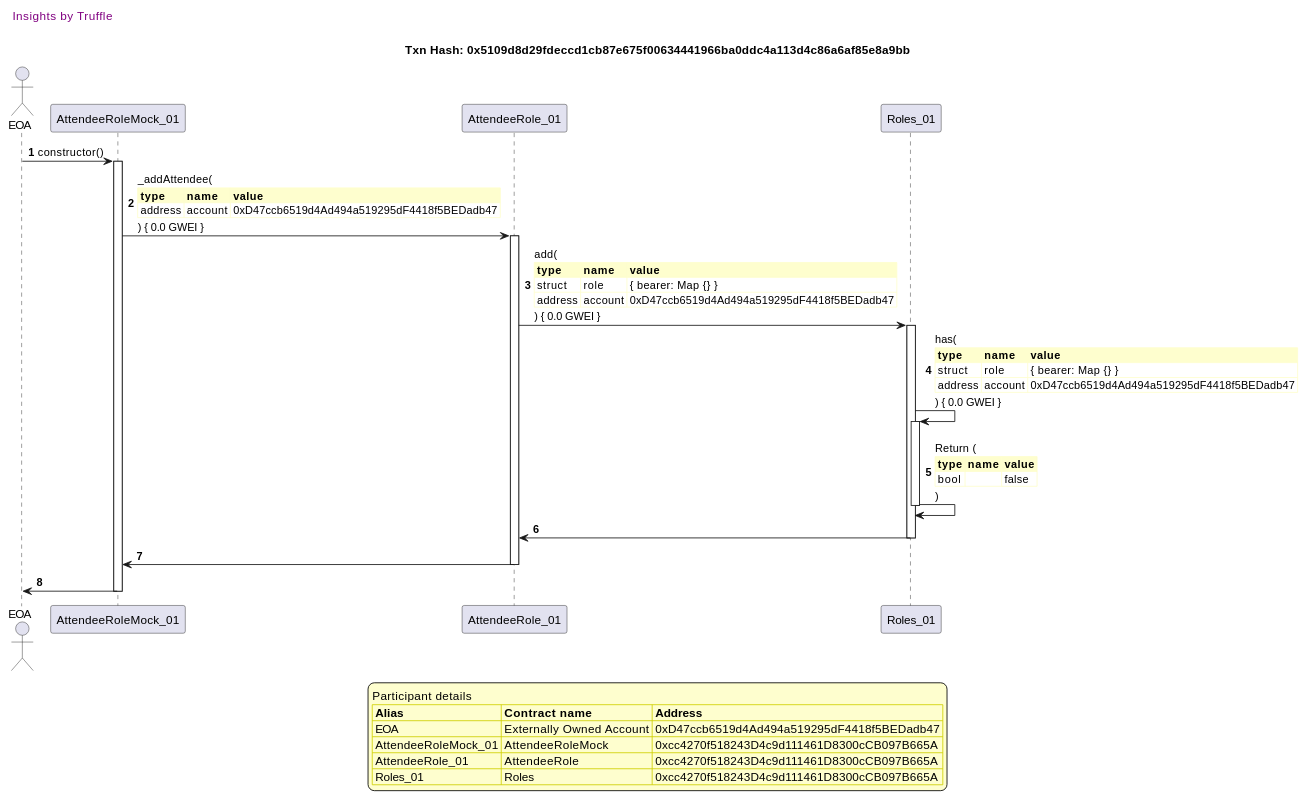
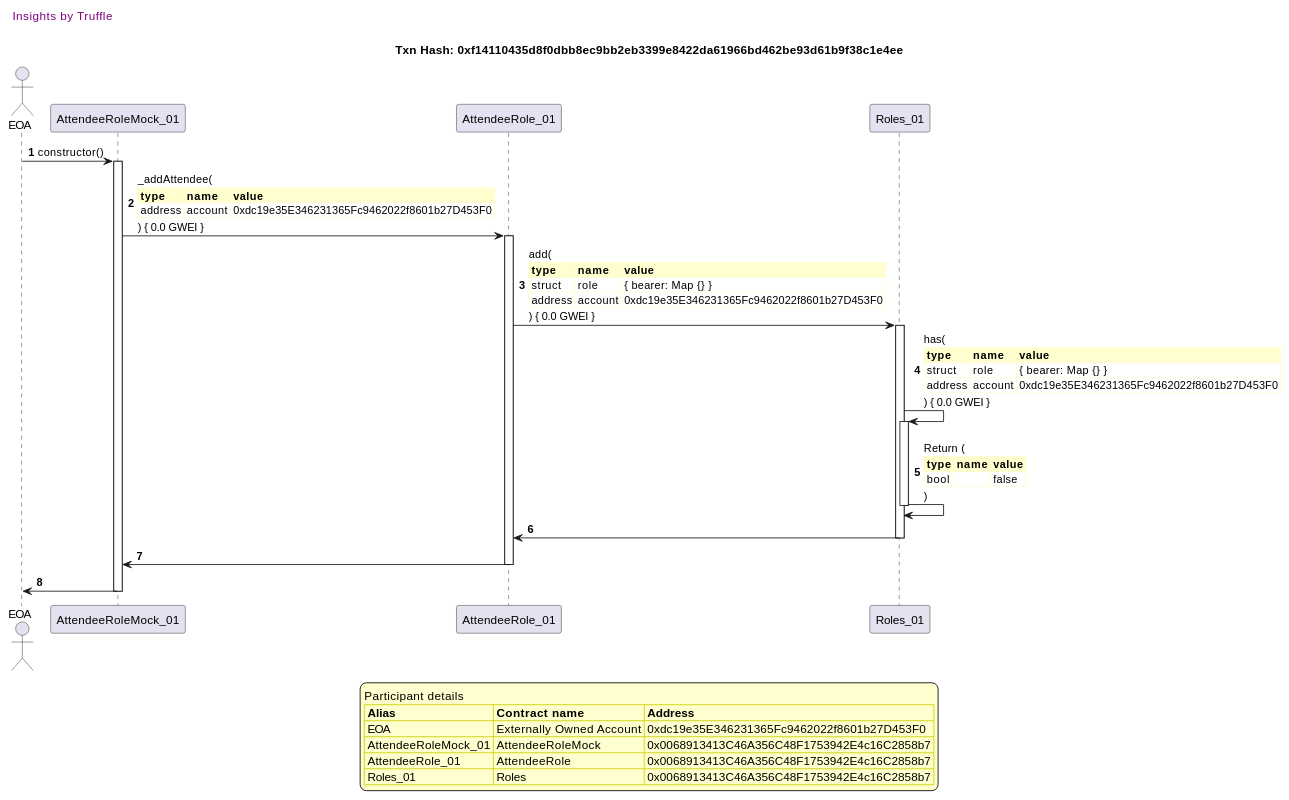
One commit to fodisi/hackapay changed the first of 41 diagrams in truffle-seq/roles_attendeerole.md. Above: the diagram before and after it, drawn with PlantUML. The commit also changed other lines of this file and 10 other files, not shown here.

````diff
--- a/truffle-seq/roles_attendeerole.md
+++ b/truffle-seq/roles_attendeerole.md
@@ -13,61 +13,61 @@
 ```plantuml
 
 
 @startuml
 
 autonumber
 skinparam legendBackgroundColor #FEFECE
 
 <style>
       header {
         HorizontalAlignment left
         FontColor purple
         FontSize 14
         Padding 10
       }
     </style>
 
 header Insights by Truffle
 
-title Txn Hash: 0x5109d8d29fdeccd1cb87e675f00634441966ba0ddc4a113d4c86a6af85e8a9bb
+title Txn Hash: 0xf14110435d8f0dbb8ec9bb2eb3399e8422da61966bd462be93d61b9f38c1e4ee
 
 
 actor EOA as "EOA"
 participant AttendeeRoleMock_01 as "AttendeeRoleMock_01"
 participant AttendeeRole_01 as "AttendeeRole_01"
 participant Roles_01 as "Roles_01"
 
 "EOA" -> "AttendeeRoleMock_01" ++: constructor()
 "AttendeeRoleMock_01" -> "AttendeeRole_01" ++: _addAttendee(\n\
 <#FEFECE,#FEFECE>|= type |= name |= value |\n\
-| address | account | 0xD47ccb6519d4Ad494a519295dF4418f5BEDadb47 |\n\
+| address | account | 0xdc19e35E346231365Fc9462022f8601b27D453F0 |\n\
 ) { 0.0 GWEI }
 "AttendeeRole_01" -> "Roles_01" ++: add(\n\
 <#FEFECE,#FEFECE>|= type |= name |= value |\n\
 | struct | role | { bearer: Map {} } |\n\
-| address | account | 0xD47ccb6519d4Ad494a519295dF4418f5BEDadb47 |\n\
+| address | account | 0xdc19e35E346231365Fc9462022f8601b27D453F0 |\n\
 ) { 0.0 GWEI }
 "Roles_01" -> "Roles_01" ++: has(\n\
 <#FEFECE,#FEFECE>|= type |= name |= value |\n\
 | struct | role | { bearer: Map {} } |\n\
-| address | account | 0xD47ccb6519d4Ad494a519295dF4418f5BEDadb47 |\n\
+| address | account | 0xdc19e35E346231365Fc9462022f8601b27D453F0 |\n\
 ) { 0.0 GWEI }
 "Roles_01" -> "Roles_01" --: Return (\n\
 <#FEFECE,#FEFECE>|= type |= name |= value |\n\
 | bool |  | false |\n\
 )
 "Roles_01" -> "AttendeeRole_01" --: 
 "AttendeeRole_01" -> "AttendeeRoleMock_01" --: 
 "AttendeeRoleMock_01" -> "EOA" --: 
 
 legend
 Participant details
 <#FEFECE,#D0D000>|= Alias |= Contract name |= Address |
-<#FEFECE>| EOA | Externally Owned Account | 0xD47ccb6519d4Ad494a519295dF4418f5BEDadb47 |
-<#FEFECE>| AttendeeRoleMock_01 | AttendeeRoleMock | 0xcc4270f518243D4c9d111461D8300cCB097B665A |
-<#FEFECE>| AttendeeRole_01 | AttendeeRole | 0xcc4270f518243D4c9d111461D8300cCB097B665A |
-<#FEFECE>| Roles_01 | Roles | 0xcc4270f518243D4c9d111461D8300cCB097B665A |
+<#FEFECE>| EOA | Externally Owned Account | 0xdc19e35E346231365Fc9462022f8601b27D453F0 |
+<#FEFECE>| AttendeeRoleMock_01 | AttendeeRoleMock | 0x0068913413C46A356C48F1753942E4c16C2858b7 |
+<#FEFECE>| AttendeeRole_01 | AttendeeRole | 0x0068913413C46A356C48F1753942E4c16C2858b7 |
+<#FEFECE>| Roles_01 | Roles | 0x0068913413C46A356C48F1753942E4c16C2858b7 |
 endlegend
 
 @enduml
 ```
````
